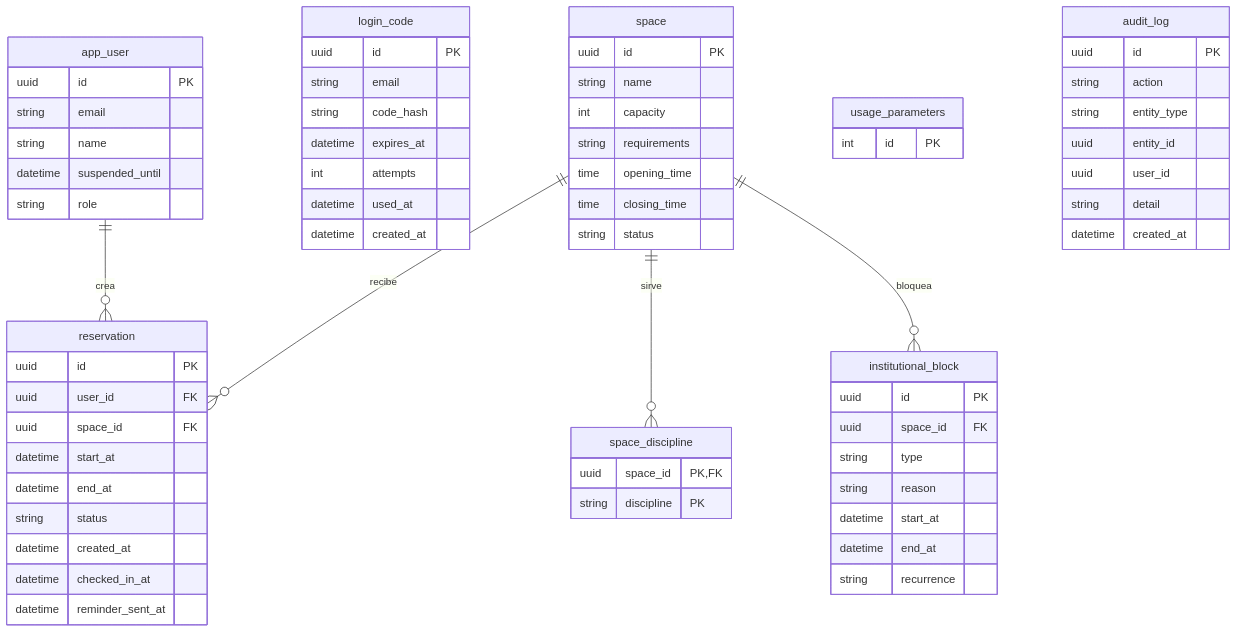
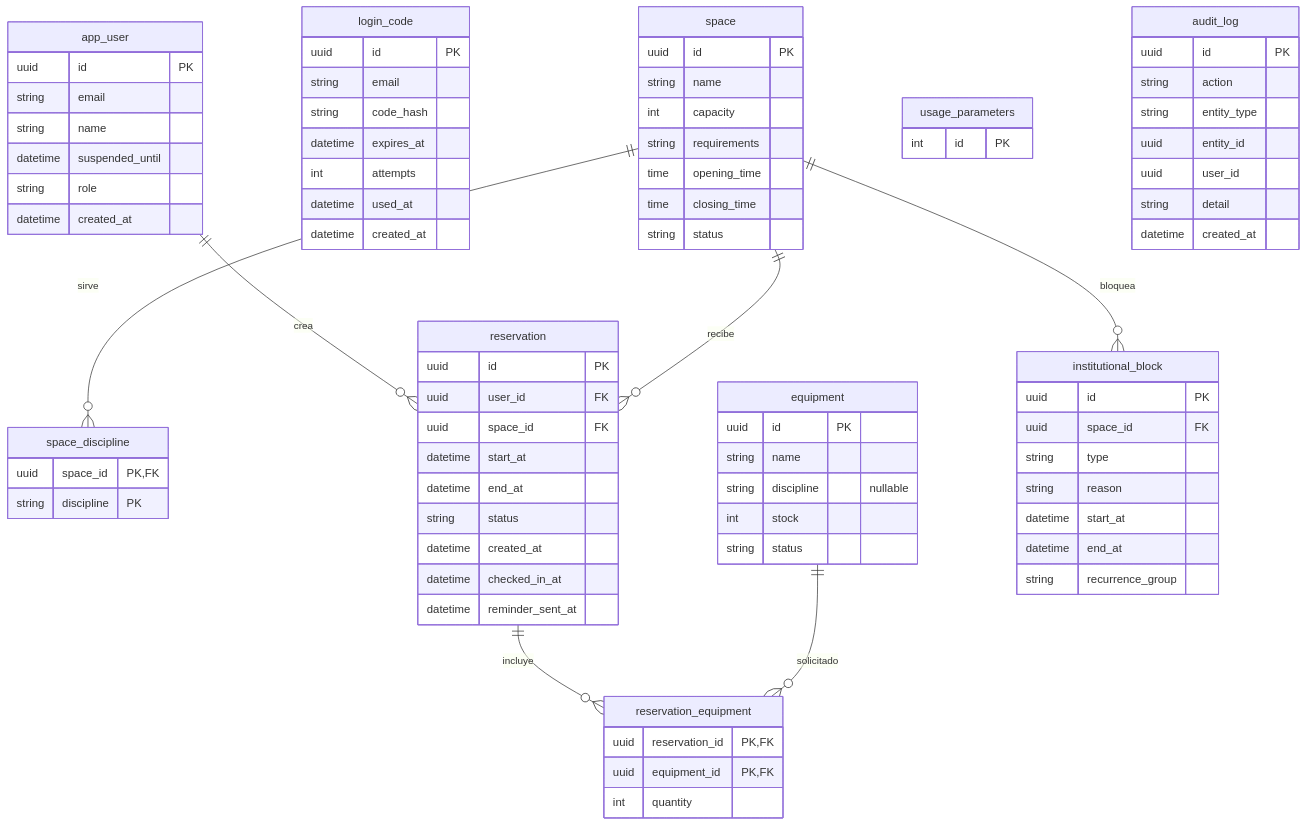
One commit to SebasTK2008/Unimag-Deportes changed the second of 5 diagrams in docs/techincal-plan/plan-general.md. Above: the diagram before and after it, drawn with Mermaid. The commit also changed other lines of this file and 14 other files, not shown here.

````diff
--- a/docs/techincal-plan/plan-general.md
+++ b/docs/techincal-plan/plan-general.md
@@ -211,6 +219,7 @@
         string name
         datetime suspended_until
         string role
+        datetime created_at
     }
     login_code {
         uuid id PK
@@ -245,6 +254,18 @@
         datetime checked_in_at
         datetime reminder_sent_at
     }
+    equipment {
+        uuid id PK
+        string name
+        string discipline "nullable"
+        int stock
+        string status
+    }
+    reservation_equipment {
+        uuid reservation_id PK, FK
+        uuid equipment_id PK, FK
+        int quantity
+    }
     institutional_block {
         uuid id PK
         uuid space_id FK
@@ -252,7 +273,7 @@
         string reason
         datetime start_at
         datetime end_at
-        string recurrence
+        string recurrence_group
     }
     usage_parameters {
         int id PK
@@ -271,4 +292,6 @@
     space ||--o{ space_discipline : sirve
     space ||--o{ reservation : recibe
     space ||--o{ institutional_block : bloquea
+    reservation ||--o{ reservation_equipment : incluye
+    equipment ||--o{ reservation_equipment : solicitado
 ```
````
